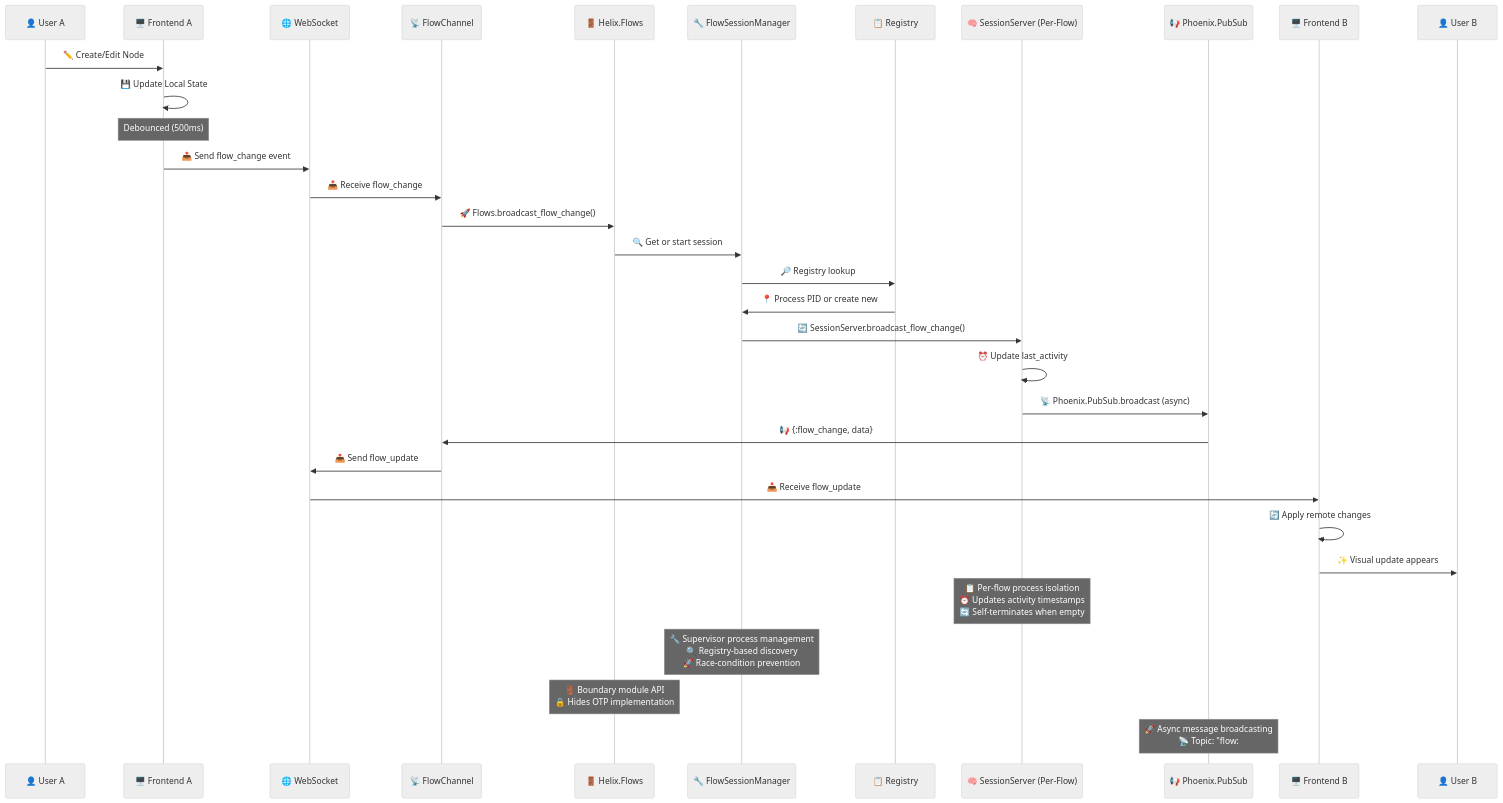
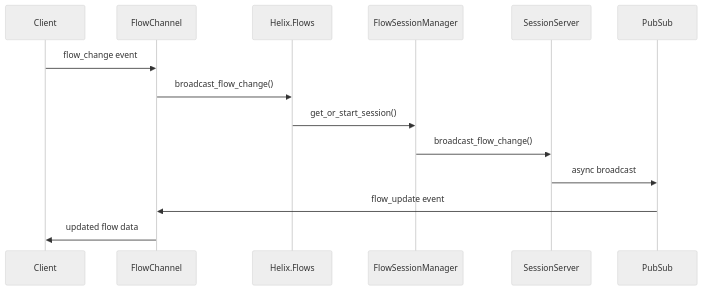
Before and after one commit to ccarvalho-eng/helix: the second of 2 diagrams in docs/architecture.md, drawn with Mermaid. The commit also changed other lines of this file, not shown here.

````diff
--- a/docs/architecture.md
+++ b/docs/architecture.md
@@ -87,38 +64,18 @@
 ```mermaid
 %%{init: {'theme':'neutral'}}%%
 sequenceDiagram
-    participant UA as 👤 User A
-    participant FA as 🖥️ Frontend A
-    participant WS as 🌐 WebSocket
-    participant FC as 📡 FlowChannel
-    participant FBM as 🚪 Helix.Flows
-    participant FSM as 🔧 FlowSessionManager
-    participant REG as 📋 Registry
-    participant SS as 🧠 SessionServer (Per-Flow)
-    participant PUB as 📢 Phoenix.PubSub
-    participant FB as 🖥️ Frontend B
-    participant UB as 👤 User B
+    participant C as Client
+    participant FC as FlowChannel
+    participant FB as Helix.Flows
+    participant FSM as FlowSessionManager
+    participant SS as SessionServer
+    participant PUB as PubSub
 
-    UA->>FA: ✏️ Create/Edit Node
-    FA->>FA: 💾 Update Local State
-    Note over FA: Debounced (500ms)
-    FA->>WS: 📤 Send flow_change event
-    WS->>FC: 📥 Receive flow_change
-    FC->>FBM: 🚀 Flows.broadcast_flow_change()
-    FBM->>FSM: 🔍 Get or start session
-    FSM->>REG: 🔎 Registry lookup
-    REG->>FSM: 📍 Process PID or create new
-    FSM->>SS: 🔄 SessionServer.broadcast_flow_change()
-    SS->>SS: ⏰ Update last_activity
-    SS->>PUB: 📡 Phoenix.PubSub.broadcast (async)
-    PUB->>FC: 📢 {:flow_change, data}
-    FC->>WS: 📤 Send flow_update
-    WS->>FB: 📥 Receive flow_update
-    FB->>FB: 🔄 Apply remote changes
-    FB->>UB: ✨ Visual update appears
-
-    Note over SS: 📋 Per-flow process isolation<br/>⏰ Updates activity timestamps<br/>🔄 Self-terminates when empty
-    Note over FSM: 🔧 Supervisor process management<br/>🔍 Registry-based discovery<br/>🚀 Race-condition prevention
-    Note over FBM: 🚪 Boundary module API<br/>🔒 Hides OTP implementation
-    Note over PUB: 🚀 Async message broadcasting<br/>📡 Topic: "flow:#{flow_id}"
+    C->>FC: flow_change event
+    FC->>FB: broadcast_flow_change()
+    FB->>FSM: get_or_start_session()
+    FSM->>SS: broadcast_flow_change()
+    SS->>PUB: async broadcast
+    PUB->>FC: flow_update event
+    FC->>C: updated flow data
 ```
````
